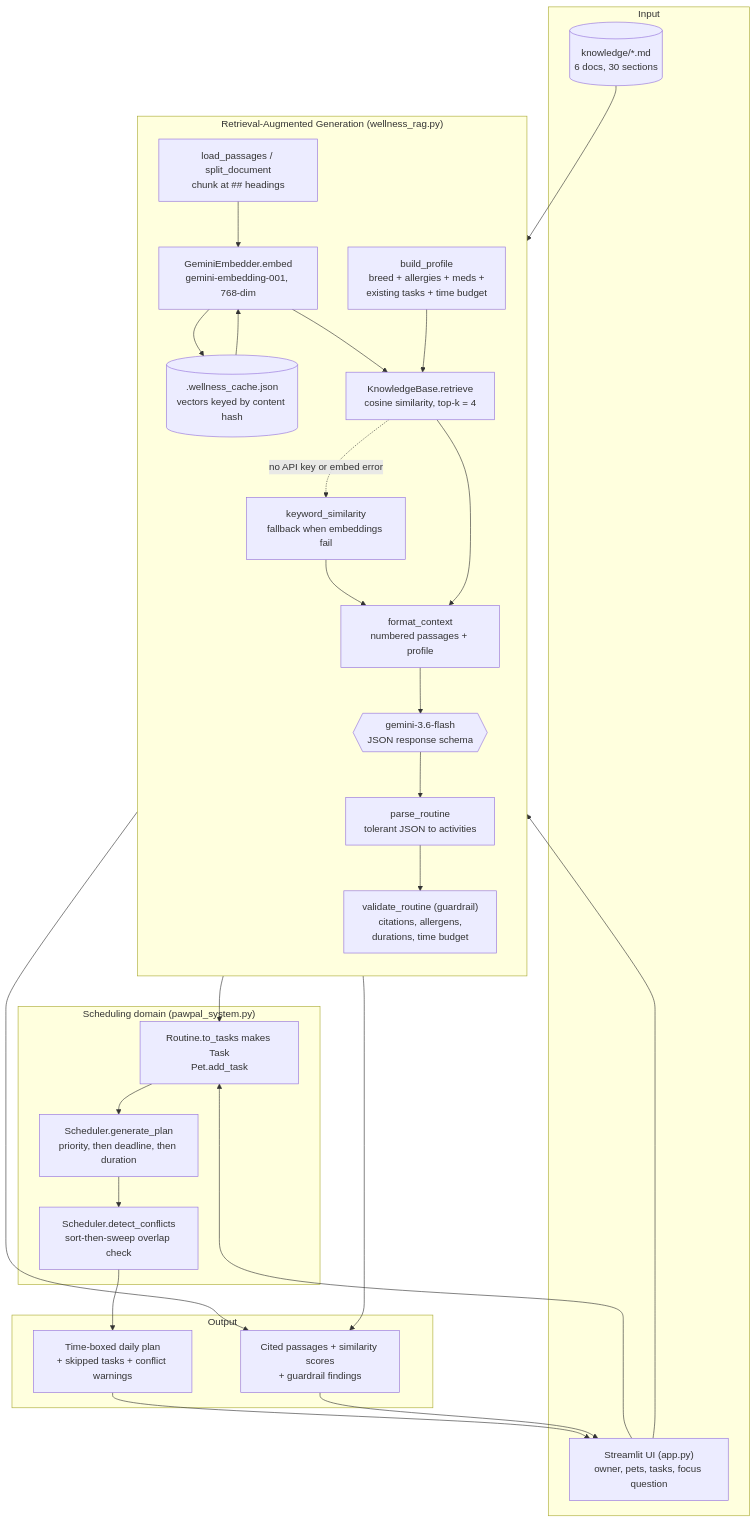
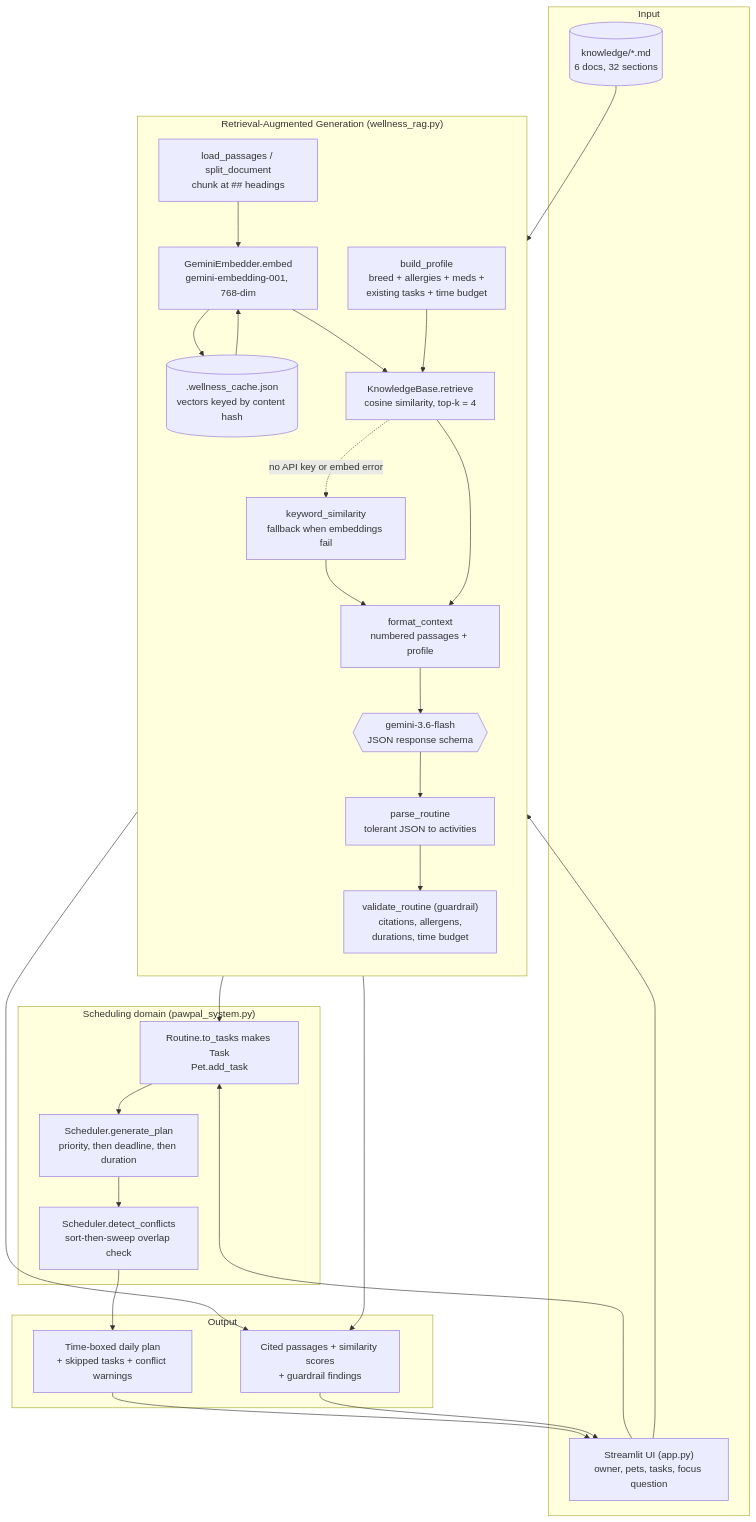
The diagram in README.md (somi6k/applied-ai-system-project), drawn with Mermaid before and after one commit. The commit also changed other lines of this file and 16 other files, not shown here.

````diff
--- a/README.md
+++ b/README.md
@@ -110,48 +97,48 @@
 ```mermaid
 flowchart TB
     subgraph input["Input"]
         UI["Streamlit UI (app.py)<br/>owner, pets, tasks, focus question"]
-        KNOW[("knowledge/*.md<br/>6 docs, 30 sections")]
+        KNOW[("knowledge/*.md<br/>6 docs, 32 sections")]
     end
 
     subgraph rag["Retrieval-Augmented Generation (wellness_rag.py)"]
         direction TB
         SPLIT["load_passages / split_document<br/>chunk at ## headings"]
         EMBED["GeminiEmbedder.embed<br/>gemini-embedding-001, 768-dim"]
         CACHE[(".wellness_cache.json<br/>vectors keyed by content hash")]
         PROFILE["build_profile<br/>breed + allergies + meds +<br/>existing tasks + time budget"]
         RETRIEVE["KnowledgeBase.retrieve<br/>cosine similarity, top-k = 4"]
         KEYWORD["keyword_similarity<br/>fallback when embeddings fail"]
         PROMPT["format_context<br/>numbered passages + profile"]
         LLM{{"gemini-3.6-flash<br/>JSON response schema"}}
         PARSE["parse_routine<br/>tolerant JSON to activities"]
         GUARD["validate_routine (guardrail)<br/>citations, allergens,<br/>durations, time budget"]
     end
 
     subgraph domain["Scheduling domain (pawpal_system.py)"]
         TASKS["Routine.to_tasks makes Task<br/>Pet.add_task"]
         SORT["Scheduler.generate_plan<br/>priority, then deadline, then duration"]
         CONFLICT["Scheduler.detect_conflicts<br/>sort-then-sweep overlap check"]
     end
 
     subgraph output["Output"]
         PLAN["Time-boxed daily plan<br/>+ skipped tasks + conflict warnings"]
         AUDIT["Cited passages + similarity scores<br/>+ guardrail findings"]
     end
 
     KNOW --> SPLIT --> EMBED
     EMBED --> CACHE
     CACHE --> EMBED
     EMBED --> RETRIEVE
     UI --> PROFILE --> RETRIEVE
     RETRIEVE -.->|"no API key or embed error"| KEYWORD
     KEYWORD --> PROMPT
     RETRIEVE --> PROMPT --> LLM --> PARSE --> GUARD
     GUARD --> TASKS
     UI --> TASKS
     TASKS --> SORT --> CONFLICT --> PLAN
     GUARD --> AUDIT
     RETRIEVE --> AUDIT
     PLAN --> UI
     AUDIT --> UI
 ```
````
